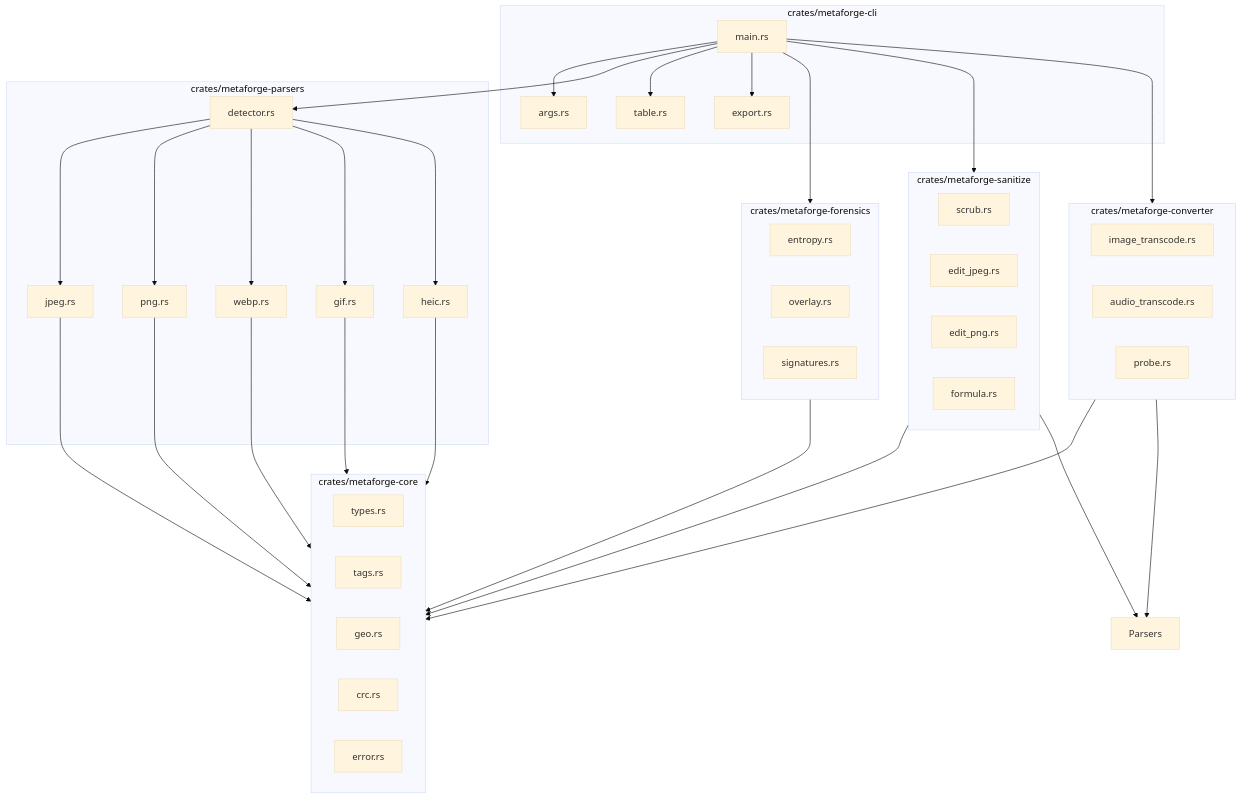
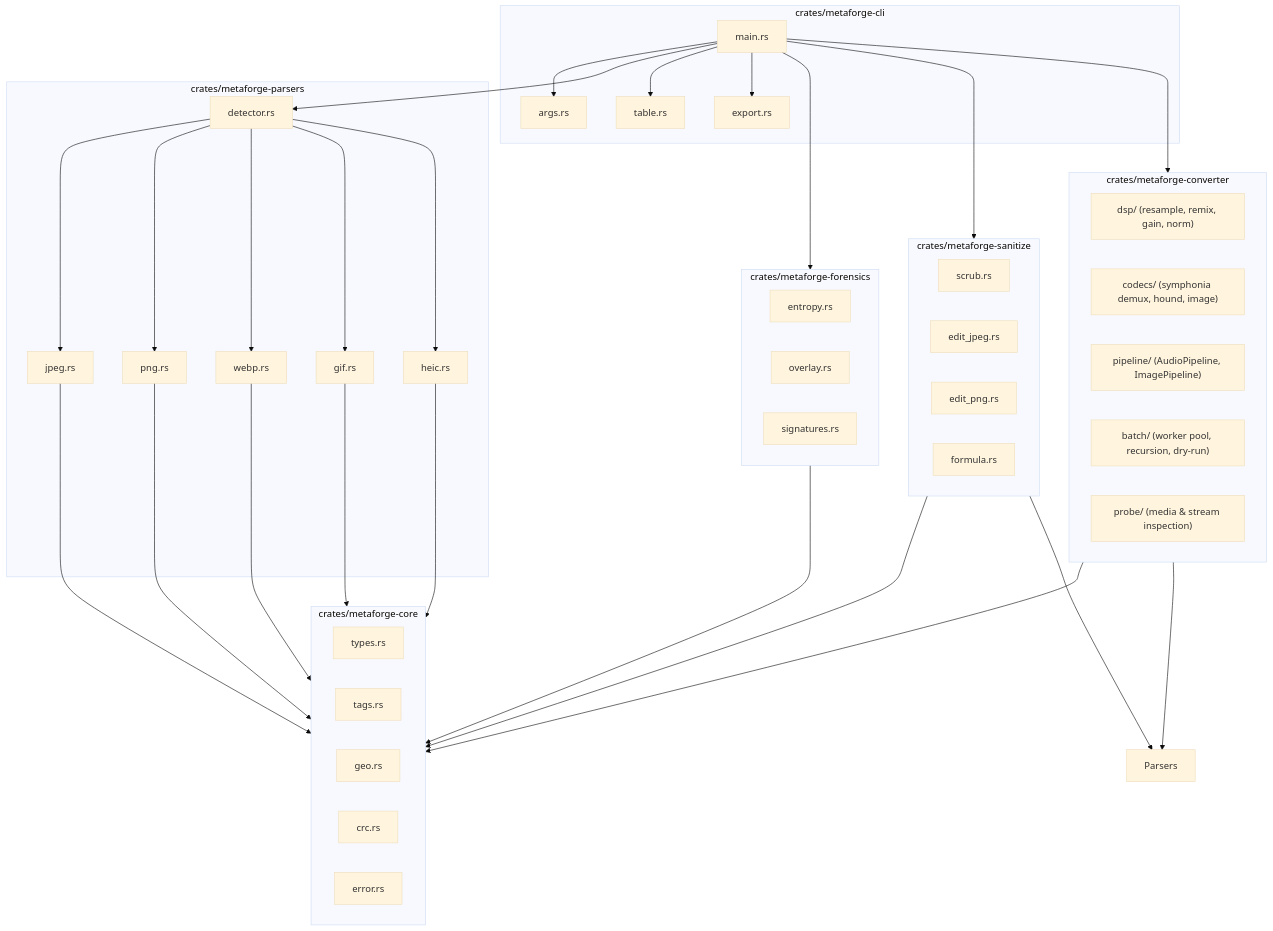
The first of 2 diagrams in docs/ARCHITECTURE.md (xuoxod/metaforge), drawn with Mermaid (base theme) before and after one commit. The commit also changed other lines of this file and 28 other files, not shown here.

Commit message:
feat(converter): modularize OJP subsystems, add multi-format audio/video extraction, streaming pipes, and concurrent batch engine

````diff
--- a/docs/ARCHITECTURE.md
+++ b/docs/ARCHITECTURE.md
@@ -18,71 +18,73 @@
 ```mermaid
 graph TD
     subgraph Cockpit ["crates/metaforge-cli"]
         Main["main.rs"]
         Args["args.rs"]
         Table["table.rs"]
         Export["export.rs"]
     end
 
     subgraph Scanners ["crates/metaforge-parsers"]
         Detector["detector.rs"]
         JpegParser["jpeg.rs"]
         PngParser["png.rs"]
         WebpParser["webp.rs"]
         GifParser["gif.rs"]
         HeicParser["heic.rs"]
     end
 
     subgraph Converter ["crates/metaforge-converter"]
-        ImageTranscode["image_transcode.rs"]
-        AudioTranscode["audio_transcode.rs"]
-        Probe["probe.rs"]
+        DspSub["dsp/ (resample, remix, gain, norm)"]
+        CodecsSub["codecs/ (symphonia demux, hound, image)"]
+        PipelineSub["pipeline/ (AudioPipeline, ImagePipeline)"]
+        BatchSub["batch/ (worker pool, recursion, dry-run)"]
+        ProbeSub["probe/ (media & stream inspection)"]
     end
 
     subgraph Forensics ["crates/metaforge-forensics"]
         Entropy["entropy.rs"]
         Overlay["overlay.rs"]
         Signatures["signatures.rs"]
     end
 
     subgraph Sanitize ["crates/metaforge-sanitize"]
         Scrub["scrub.rs"]
         EditJpeg["edit_jpeg.rs"]
         EditPng["edit_png.rs"]
         Formula["formula.rs"]
     end
 
     subgraph Core ["crates/metaforge-core"]
         Types["types.rs"]
         Tags["tags.rs"]
         Geo["geo.rs"]
         Crc["crc.rs"]
         Error["error.rs"]
     end
 
     Main --> Args
     Main --> Detector
     Main --> Forensics
     Main --> Sanitize
     Main --> Converter
     Main --> Table
     Main --> Export
 
     Converter --> Core
     Converter --> Parsers
     Detector --> JpegParser
     Detector --> PngParser
     Detector --> WebpParser
     Detector --> GifParser
     Detector --> HeicParser
 
     JpegParser --> Core
     PngParser --> Core
     WebpParser --> Core
     GifParser --> Core
     HeicParser --> Core
 
     Forensics --> Core
     Sanitize --> Core
     Sanitize --> Parsers
 ```
````
